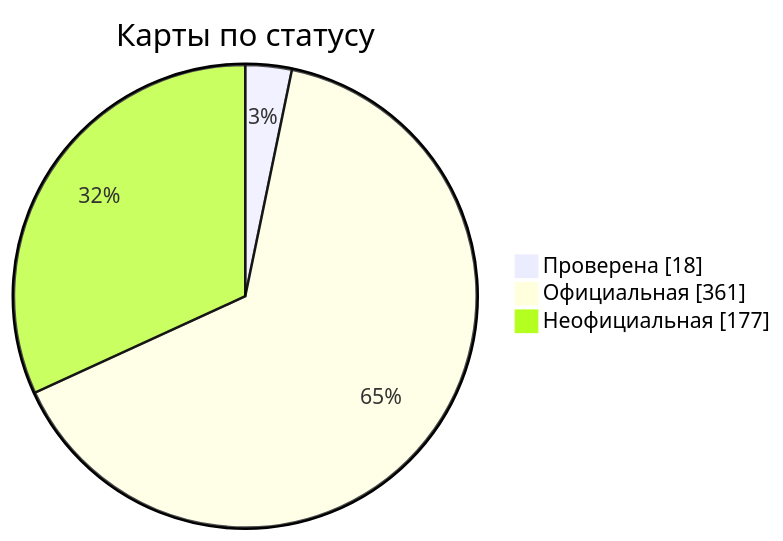
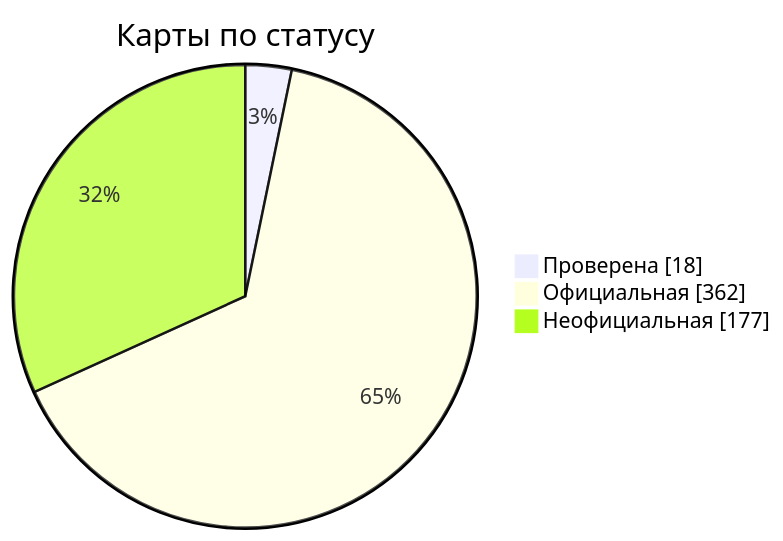
One commit to nobrega8/mbmap-library changed the diagram in docs/readme/README_RU.md. Above: the diagram before and after it, drawn with Mermaid. The commit also changed 6 other files, not shown here.

````diff
--- a/docs/readme/README_RU.md
+++ b/docs/readme/README_RU.md
@@ -54,7 +54,7 @@
 ```mermaid
 pie showData
     title Карты по статусу
     "Проверена" : 18
-    "Официальная" : 361
+    "Официальная" : 362
     "Неофициальная" : 177
 ```
````
